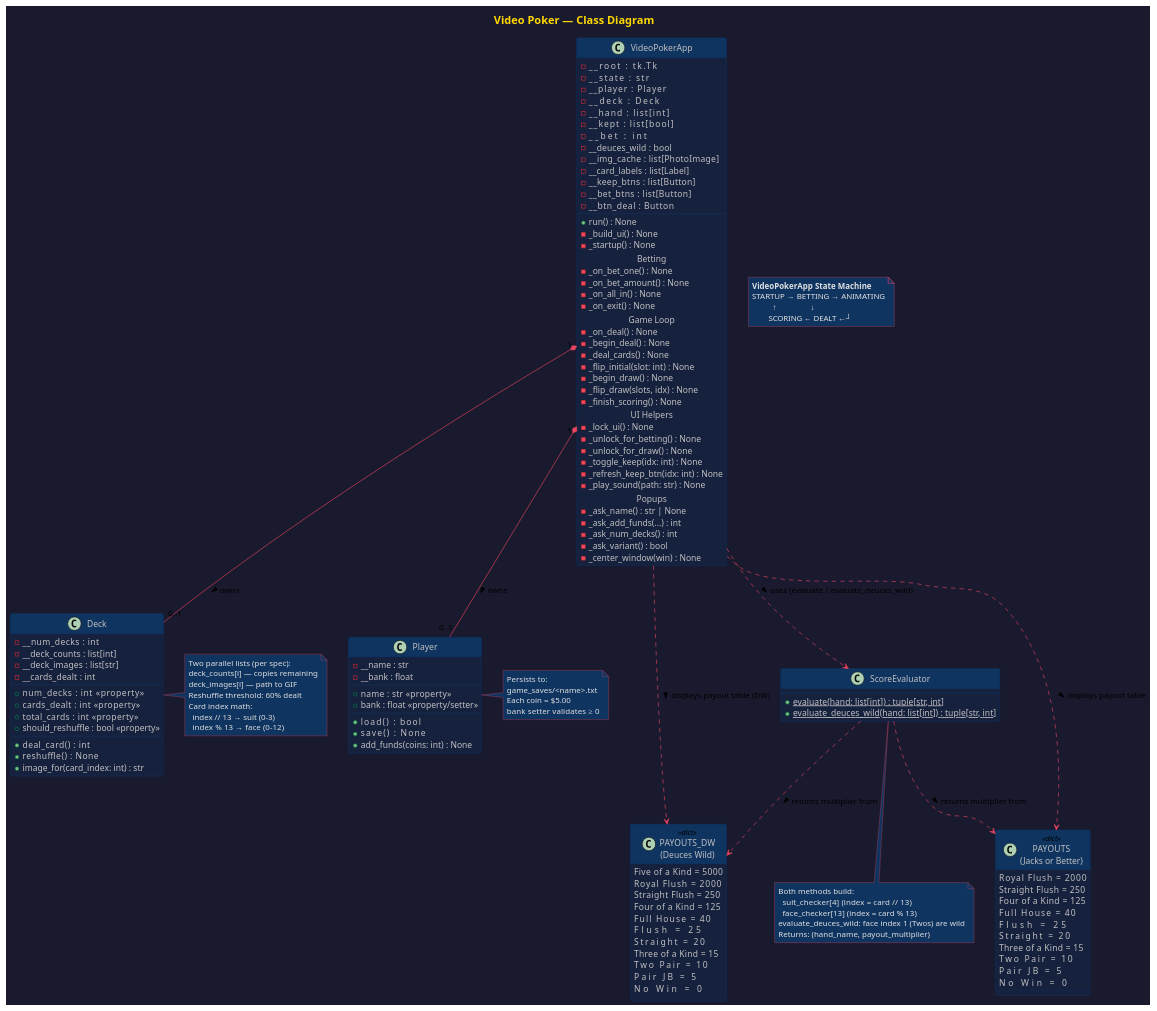
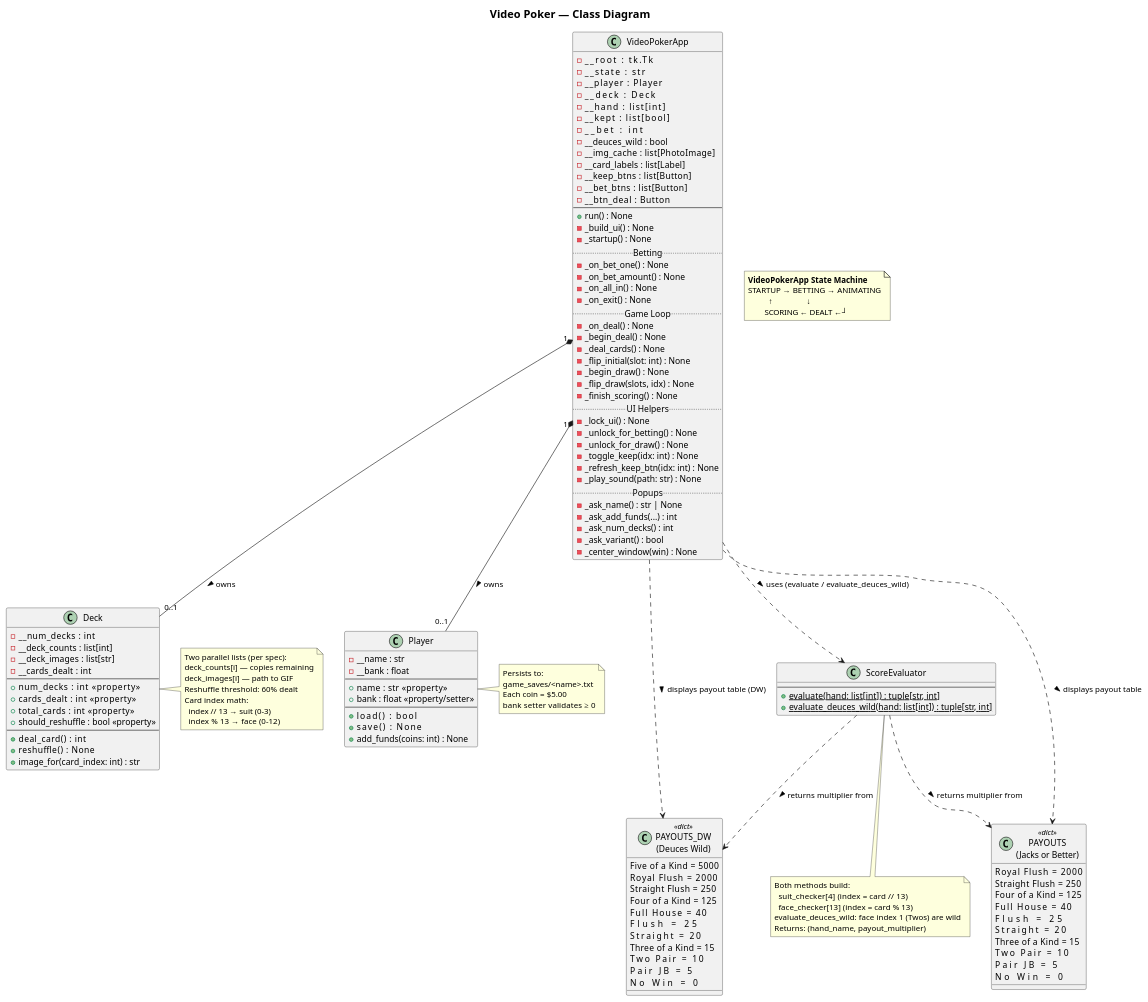
One commit to jackwiegman/JacksOrHigher-VideoPoker changed the diagram in doc/class_diagram.puml. Above: the diagram before and after it, drawn with PlantUML. The commit also changed 7 other files, not shown here.

Commit message:
Update readme with screenshots and uml diagrams

```diff
--- a/doc/class_diagram.puml
+++ b/doc/class_diagram.puml
@@ -1,186 +1,174 @@
 @startuml class_diagram
-skinparam backgroundColor #1a1a2e
-skinparam classBackgroundColor #16213e
-skinparam classBorderColor #0f3460
-skinparam classHeaderBackgroundColor #0f3460
-skinparam classFontColor #e0e0e0
-skinparam classAttributeFontColor #c0c0c0
-skinparam arrowColor #e94560
-skinparam stereotypeFontColor #e94560
-skinparam noteBackgroundColor #0f3460
-skinparam noteFontColor #e0e0e0
-skinparam noteBorderColor #e94560
-skinparam titleFontColor #ffd700
 skinparam titleFontSize 18
 
 title Video Poker — Class Diagram
 
 '──────────────────────────────────────────────────────────────
 ' Deck
 '──────────────────────────────────────────────────────────────
 class Deck {
     - __num_decks    : int
     - __deck_counts  : list[int]
     - __deck_images  : list[str]
     - __cards_dealt  : int
     --
     + num_decks      : int  <<property>>
     + cards_dealt    : int  <<property>>
     + total_cards    : int  <<property>>
     + should_reshuffle : bool <<property>>
     --
     + deal_card()    : int
     + reshuffle()    : None
     + image_for(card_index: int) : str
 }
 
 note right of Deck
   Two parallel lists (per spec):
   deck_counts[i] — copies remaining
   deck_images[i] — path to GIF
   Reshuffle threshold: 60% dealt
   Card index math:
     index // 13 → suit (0–3)
     index % 13  → face (0–12)
 end note
 
 '──────────────────────────────────────────────────────────────
 ' Player
 '──────────────────────────────────────────────────────────────
 class Player {
     - __name : str
     - __bank : float
     --
     + name : str   <<property>>
     + bank : float <<property/setter>>
     --
     + load()       : bool
     + save()       : None
     + add_funds(coins: int) : None
 }
 
 note right of Player
   Persists to:
   game_saves/<name>.txt
   Each coin = $5.00
   bank setter validates ≥ 0
 end note
 
 '──────────────────────────────────────────────────────────────
 ' ScoreEvaluator
 '──────────────────────────────────────────────────────────────
 class ScoreEvaluator {
     --
     + {static} evaluate(hand: list[int]) : tuple[str, int]
     + {static} evaluate_deuces_wild(hand: list[int]) : tuple[str, int]
 }
 
 note bottom of ScoreEvaluator
   Both methods build:
     suit_checker[4]  (index = card // 13)
     face_checker[13] (index = card % 13)
   evaluate_deuces_wild: face index 1 (Twos) are wild
   Returns: (hand_name, payout_multiplier)
 end note
 
 '──────────────────────────────────────────────────────────────
 ' VideoPokerApp
 '──────────────────────────────────────────────────────────────
 class VideoPokerApp {
     - __root         : tk.Tk
     - __state        : str
     - __player       : Player
     - __deck         : Deck
     - __hand         : list[int]
     - __kept         : list[bool]
     - __bet          : int
     - __deuces_wild  : bool
     - __img_cache    : list[PhotoImage]
     - __card_labels  : list[Label]
     - __keep_btns    : list[Button]
     - __bet_btns     : list[Button]
     - __btn_deal     : Button
     --
     + run() : None
     - _build_ui() : None
     - _startup() : None
     ..Betting..
     - _on_bet_one() : None
     - _on_bet_amount() : None
     - _on_all_in() : None
     - _on_exit() : None
     ..Game Loop..
     - _on_deal() : None
     - _begin_deal() : None
     - _deal_cards() : None
     - _flip_initial(slot: int) : None
     - _begin_draw() : None
     - _flip_draw(slots, idx) : None
     - _finish_scoring() : None
     ..UI Helpers..
     - _lock_ui() : None
     - _unlock_for_betting() : None
     - _unlock_for_draw() : None
     - _toggle_keep(idx: int) : None
     - _refresh_keep_btn(idx: int) : None
     - _play_sound(path: str) : None
     ..Popups..
     - _ask_name() : str | None
     - _ask_add_funds(...) : int
     - _ask_num_decks() : int
     - _ask_variant() : bool
     - _center_window(win) : None
 }
 
 '──────────────────────────────────────────────────────────────
 ' Module-level constants (shown as class-like entities)
 '──────────────────────────────────────────────────────────────
 class "PAYOUTS\n(Jacks or Better)" as PAYOUTS <<dict>> {
     Royal Flush       = 2000
     Straight Flush    = 250
     Four of a Kind    = 125
     Full House        = 40
     Flush             = 25
     Straight          = 20
     Three of a Kind   = 15
     Two Pair          = 10
     Pair JB           = 5
     No Win            = 0
 }
 
 class "PAYOUTS_DW\n(Deuces Wild)" as PAYOUTS_DW <<dict>> {
     Five of a Kind    = 5000
     Royal Flush       = 2000
     Straight Flush    = 250
     Four of a Kind    = 125
     Full House        = 40
     Flush             = 25
     Straight          = 20
     Three of a Kind   = 15
     Two Pair          = 10
     Pair JB           = 5
     No Win            = 0
 }
 
 '──────────────────────────────────────────────────────────────
 ' State machine note
 '──────────────────────────────────────────────────────────────
 note as StateMachine
   <b>VideoPokerApp State Machine</b>
   STARTUP → BETTING → ANIMATING
             ↑              ↓
           SCORING ← DEALT ←┘
 end note
 
 '──────────────────────────────────────────────────────────────
 ' Relationships
 '──────────────────────────────────────────────────────────────
 VideoPokerApp "1" *-- "0..1" Deck    : owns >
 VideoPokerApp "1" *-- "0..1" Player  : owns >
 VideoPokerApp ..>  ScoreEvaluator    : uses (evaluate / evaluate_deuces_wild) >
 VideoPokerApp ..>  PAYOUTS           : displays payout table >
 VideoPokerApp ..>  PAYOUTS_DW        : displays payout table (DW) >
 ScoreEvaluator ..> PAYOUTS           : returns multiplier from >
 ScoreEvaluator ..> PAYOUTS_DW        : returns multiplier from >
 
 @enduml
```
